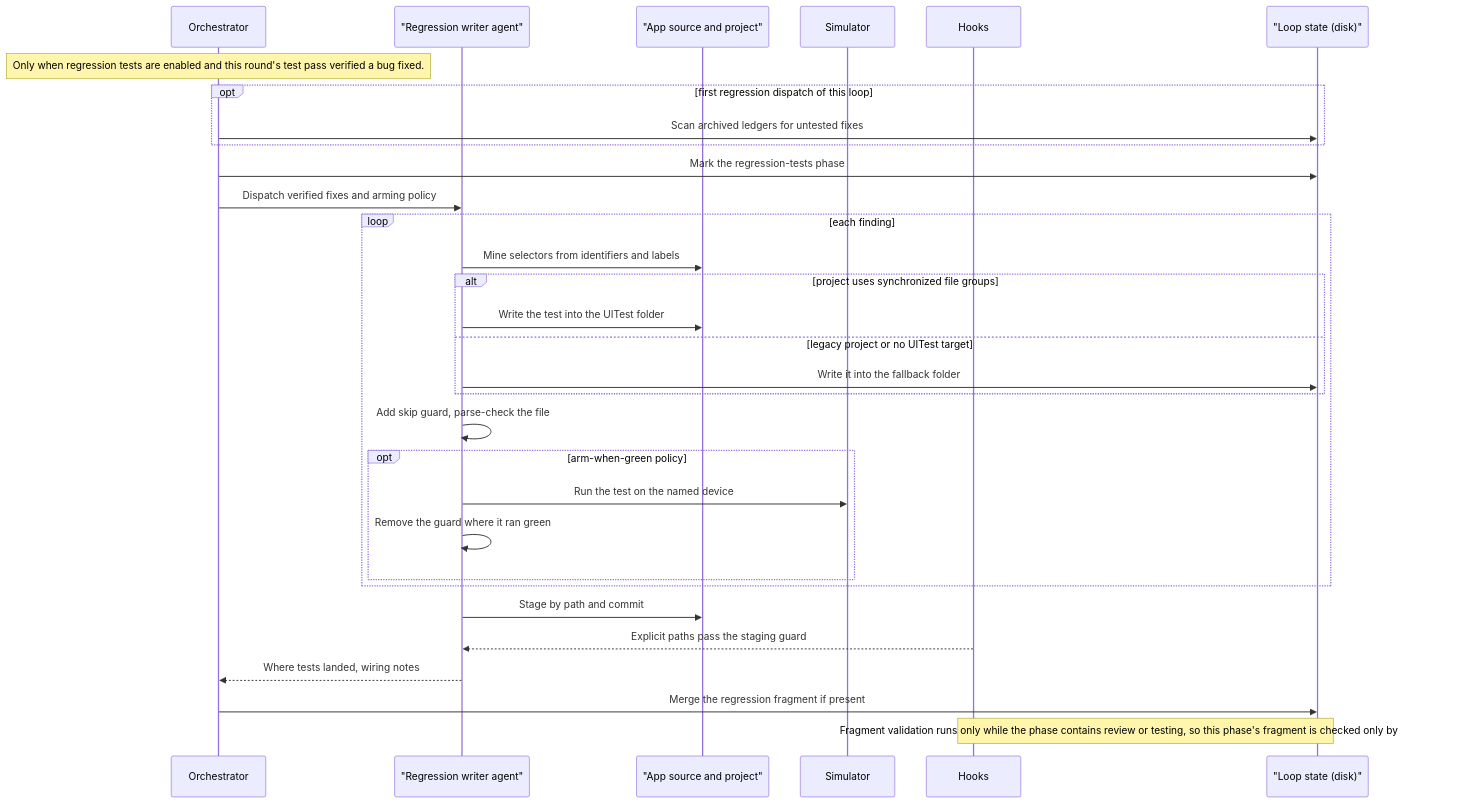
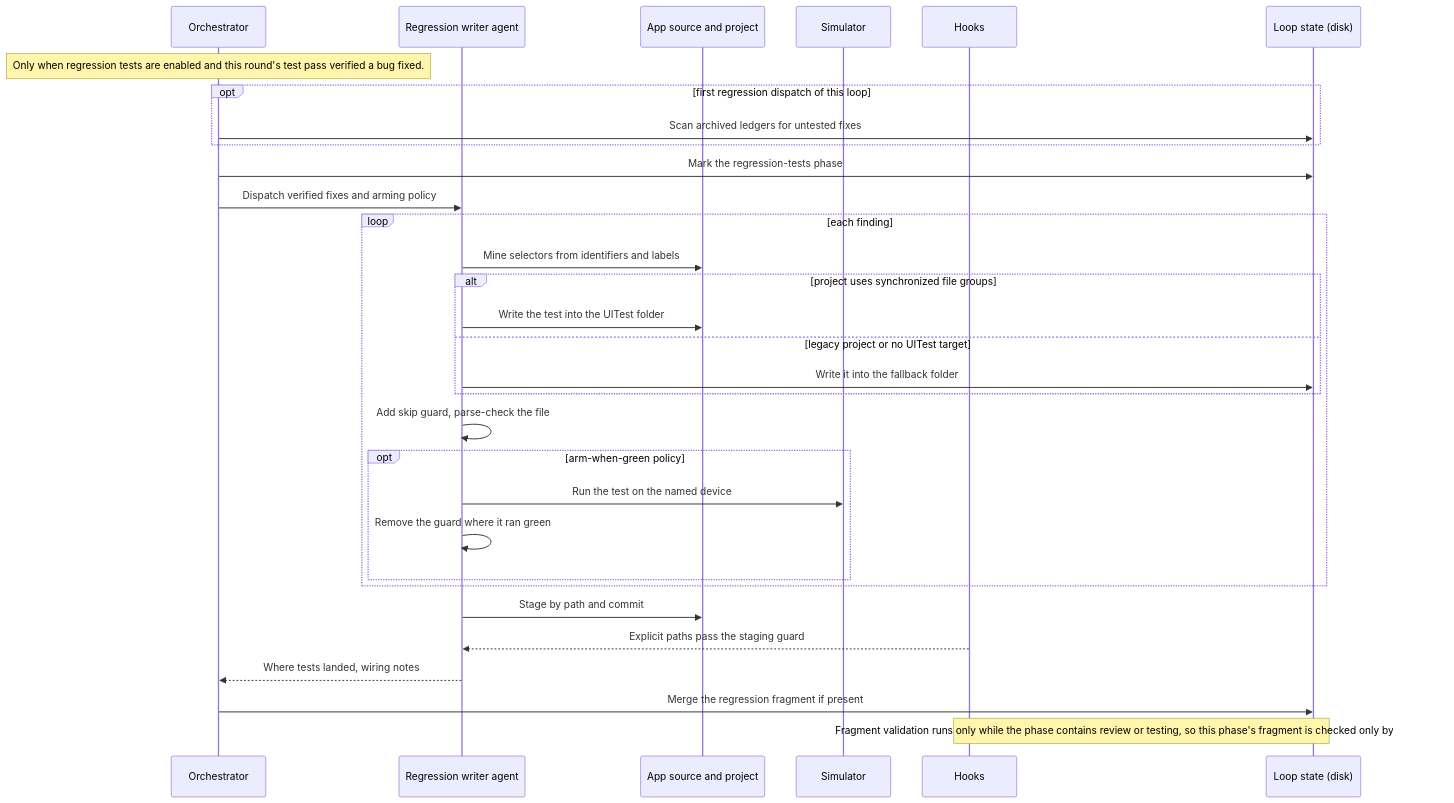
Before and after one commit to peterlit/quiller-claude-plugins: diagram 12 of 19 in docs/architecture/qa-loop-tools.md, drawn with Mermaid. The commit also changed other lines of this file and 9 other files, not shown here.

````diff
--- a/docs/architecture/qa-loop-tools.md
+++ b/docs/architecture/qa-loop-tools.md
@@ -579,33 +579,33 @@
 ```mermaid
 sequenceDiagram
     participant O as Orchestrator
-    participant W as "Regression writer agent"
-    participant S as "App source and project"
+    participant W as Regression writer agent
+    participant S as App source and project
     participant SIM as Simulator
     participant HK as Hooks
-    participant L as "Loop state (disk)"
+    participant L as Loop state (disk)
     Note over O: Only when regression tests are enabled and this round's test pass verified a bug fixed.
     opt first regression dispatch of this loop
         O->>L: Scan archived ledgers for untested fixes
     end
     O->>L: Mark the regression-tests phase
     O->>W: Dispatch verified fixes and arming policy
     loop each finding
         W->>S: Mine selectors from identifiers and labels
         alt project uses synchronized file groups
             W->>S: Write the test into the UITest folder
         else legacy project or no UITest target
             W->>L: Write it into the fallback folder
         end
         W->>W: Add skip guard, parse-check the file
         opt arm-when-green policy
             W->>SIM: Run the test on the named device
             W->>W: Remove the guard where it ran green
         end
     end
     W->>S: Stage by path and commit
     HK-->>W: Explicit paths pass the staging guard
     W-->>O: Where tests landed, wiring notes
     O->>L: Merge the regression fragment if present
     Note over HK,L: Fragment validation runs only while the phase contains review or testing, so this phase's fragment is checked only by the merge.
 ```
````
